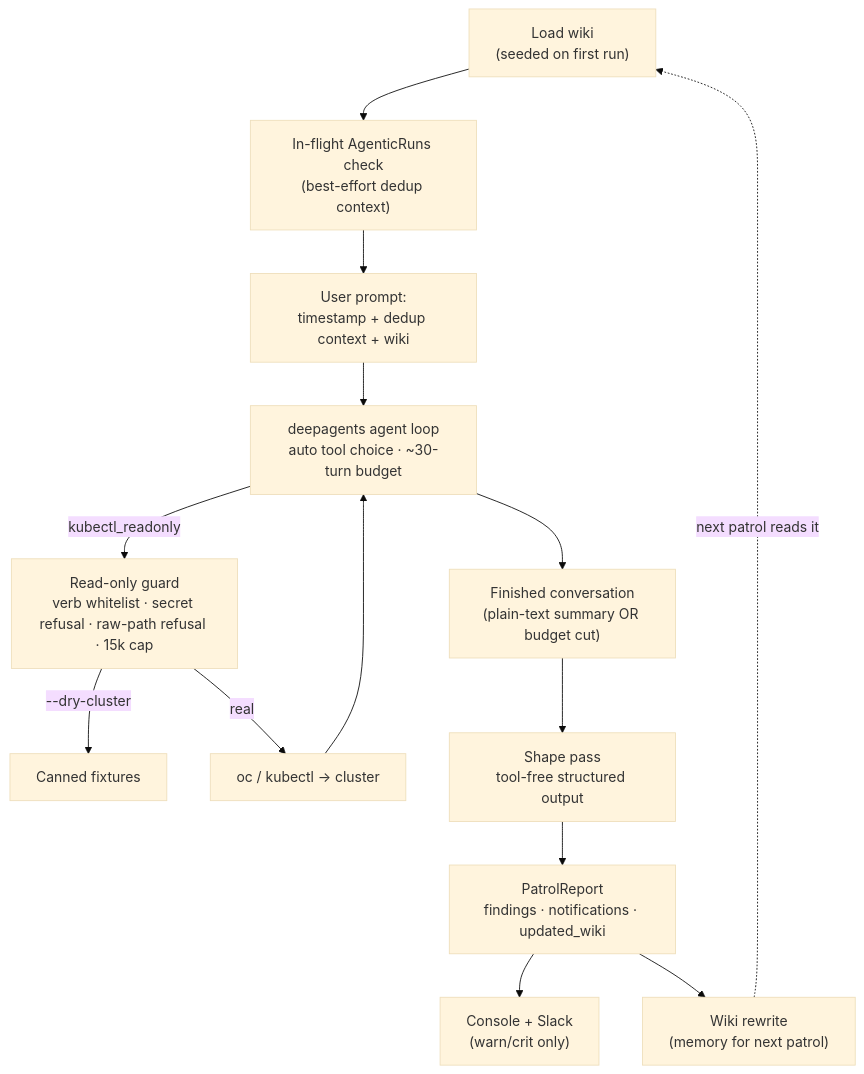
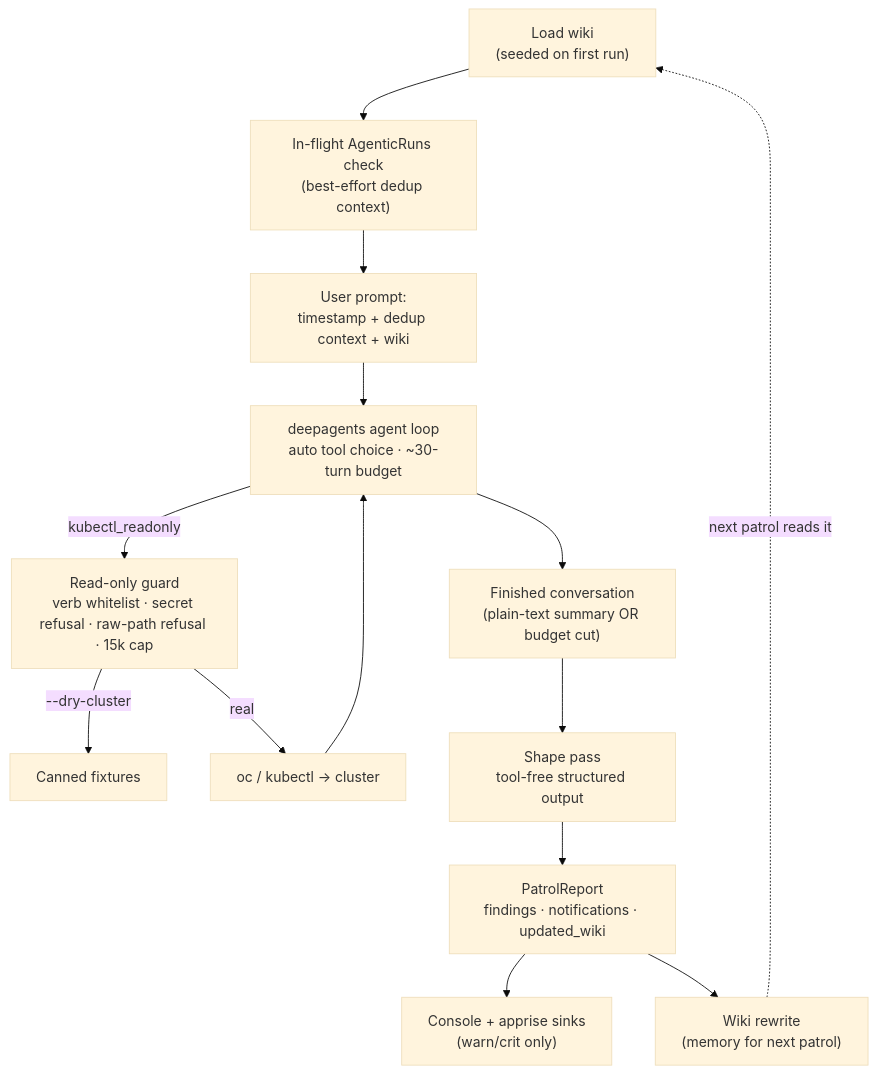
Before and after one commit to thoraxe/ols-patroller: the first of 3 diagrams in ARCHITECTURE.md, drawn with Mermaid (base theme). The commit also changed other lines of this file and 13 other files, not shown here.

````diff
--- a/ARCHITECTURE.md
+++ b/ARCHITECTURE.md
@@ -18,16 +18,16 @@
 ```mermaid
 flowchart TD
     A["Load wiki<br/>(seeded on first run)"] --> B["In-flight AgenticRuns check<br/>(best-effort dedup context)"]
     B --> C["User prompt:<br/>timestamp + dedup context + wiki"]
     C --> D["deepagents agent loop<br/>auto tool choice · ~30-turn budget"]
     D -->|"kubectl_readonly"| E["Read-only guard<br/>verb whitelist · secret refusal · raw-path refusal · 15k cap"]
     E -->|"--dry-cluster"| F["Canned fixtures"]
     E -->|"real"| G["oc / kubectl → cluster"]
     G --> D
     D --> H["Finished conversation<br/>(plain-text summary OR budget cut)"]
     H --> I["Shape pass<br/>tool-free structured output"]
     I --> J["PatrolReport<br/>findings · notifications · updated_wiki"]
-    J --> K["Console + Slack<br/>(warn/crit only)"]
+    J --> K["Console + apprise sinks<br/>(warn/crit only)"]
     J --> L["Wiki rewrite<br/>(memory for next patrol)"]
     L -.->|next patrol reads it| A
 ```
````
